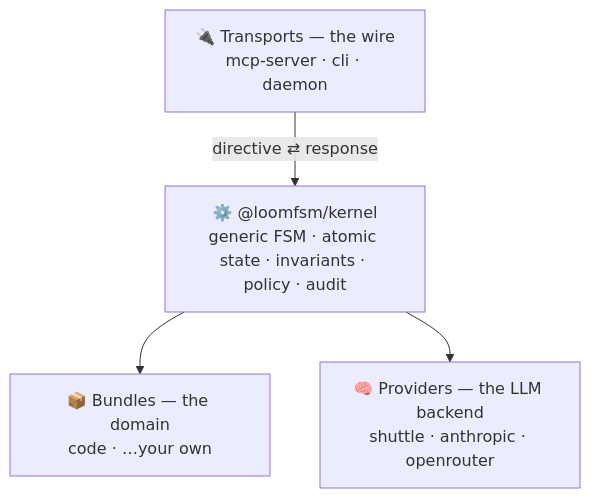
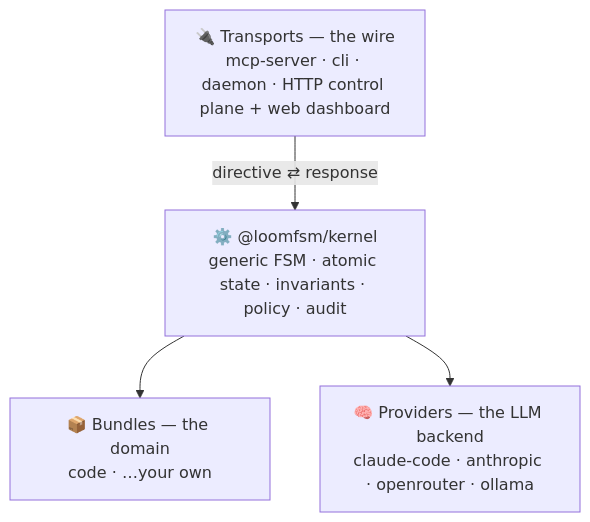
The second of 2 diagrams in README.md (teaarte/loom), drawn with Mermaid before and after one commit. The commit also changed other lines of this file, not shown here.

First line of the commit message:
docs: restructure README + document the web dashboard

````diff
--- a/README.md
+++ b/README.md
@@ -250,10 +279,10 @@
 ```mermaid
 flowchart TB
-    T["🔌 Transports — the wire<br/>mcp-server · cli · daemon"]
+    T["🔌 Transports — the wire<br/>mcp-server · cli · daemon · HTTP control plane + web dashboard"]
     K["⚙️ @loomfsm/kernel<br/>generic FSM · atomic state · invariants · policy · audit"]
     B["📦 Bundles — the domain<br/>code · …your own"]
-    P["🧠 Providers — the LLM backend<br/>shuttle · anthropic · openrouter"]
+    P["🧠 Providers — the LLM backend<br/>claude-code · anthropic · openrouter · ollama"]
     T -->|"directive ⇄ response"| K
     K --> B
     K --> P
 ```
````
